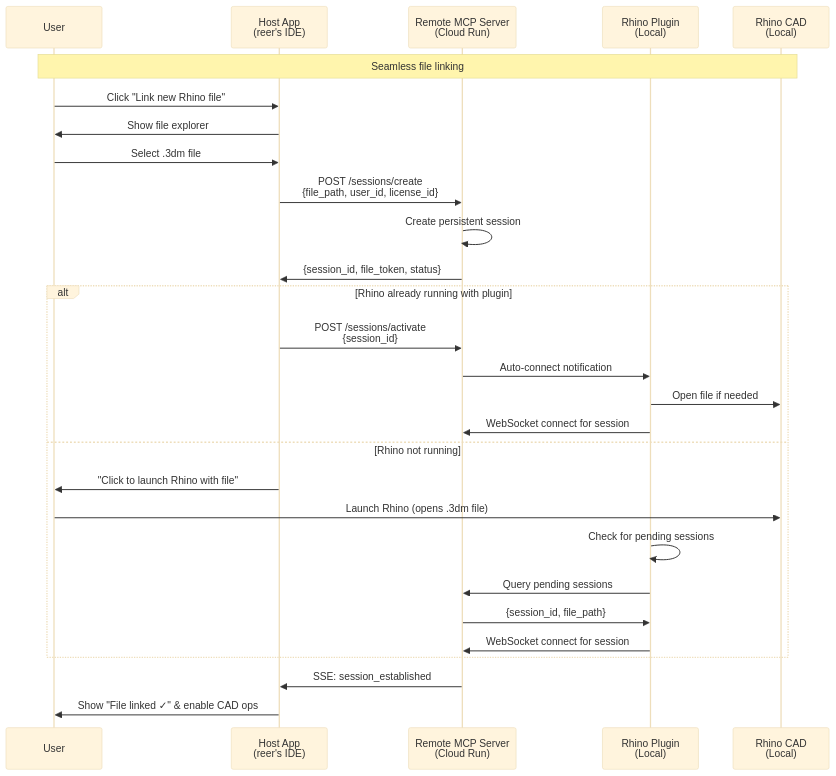
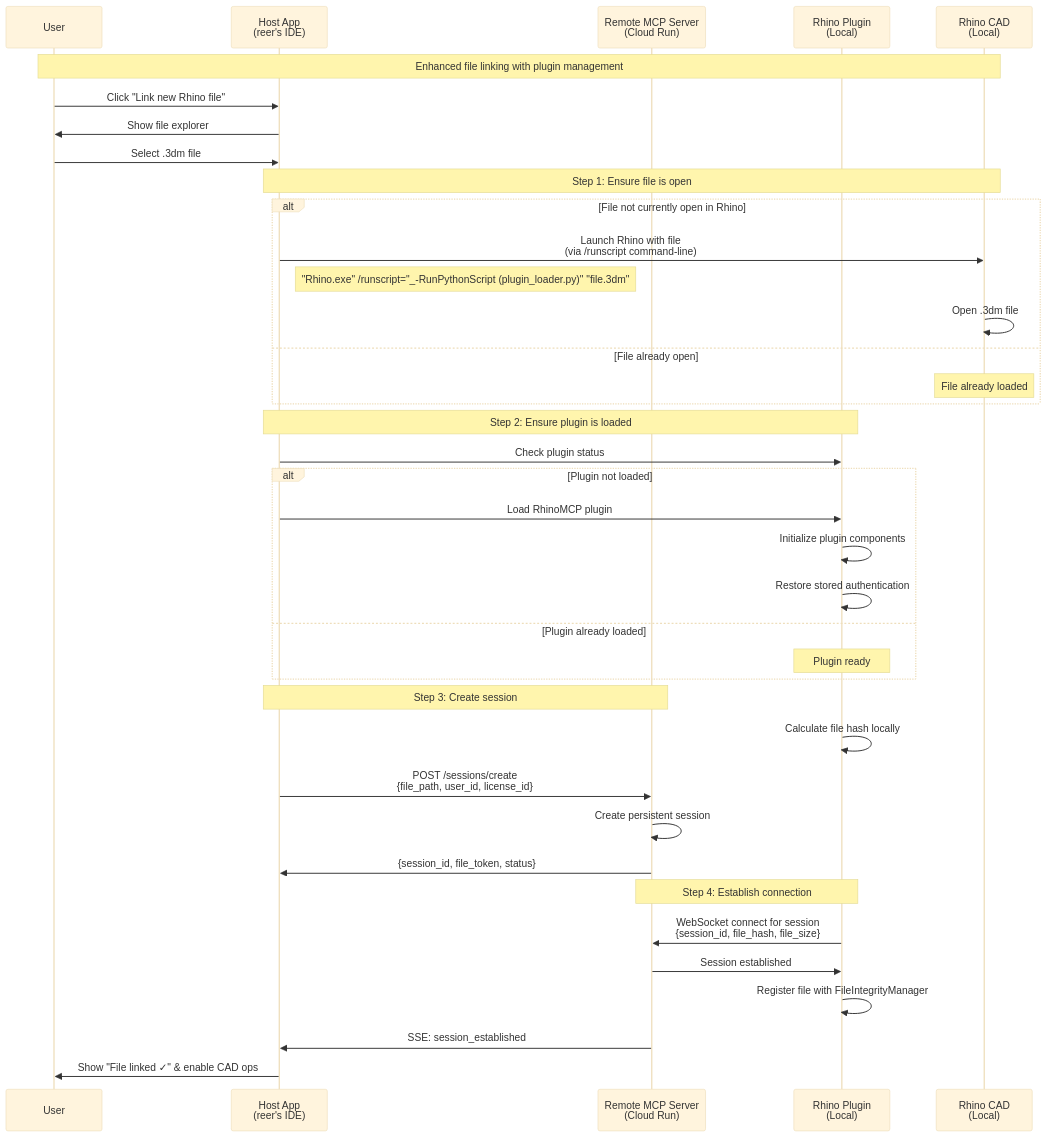
Before and after one commit to reer-ide/rhino_mcp_remote: the second of 4 diagrams in docs/architecture.md, drawn with Mermaid (base theme). The commit also changed other lines of this file and 7 other files, not shown here.

Commit message:
move file validation to local Rhino plugin; Update connection UX flow diagrams.

````diff
--- a/docs/architecture.md
+++ b/docs/architecture.md
@@ -103,35 +103,47 @@
 ```mermaid
 sequenceDiagram
     participant User
     participant HostApp as Host App<br/>(reer's IDE)
     participant RemoteServer as Remote MCP Server<br/>(Cloud Run)
     participant RhinoPlugin as Rhino Plugin<br/>(Local)
     participant RhinoCAD as Rhino CAD<br/>(Local)
     
-    Note over User,RhinoCAD: Seamless file linking
+    Note over User,RhinoCAD: Enhanced file linking with plugin management
     
     User->>HostApp: Click "Link new Rhino file"
     HostApp->>User: Show file explorer
     User->>HostApp: Select .3dm file
     
+    Note over HostApp,RhinoCAD: Step 1: Ensure file is open
+    alt File not currently open in Rhino
+        HostApp->>RhinoCAD: Launch Rhino with file<br/>(via /runscript command-line)
+        Note right of HostApp: "Rhino.exe" /runscript="_-RunPythonScript (plugin_loader.py)" "file.3dm"
+        RhinoCAD->>RhinoCAD: Open .3dm file
+    else File already open
+        Note over RhinoCAD: File already loaded
+    end
+    
+    Note over HostApp,RhinoPlugin: Step 2: Ensure plugin is loaded
+    HostApp->>RhinoPlugin: Check plugin status
+    alt Plugin not loaded
+        HostApp->>RhinoPlugin: Load RhinoMCP plugin
+        RhinoPlugin->>RhinoPlugin: Initialize plugin components
+        RhinoPlugin->>RhinoPlugin: Restore stored authentication
+    else Plugin already loaded
+        Note over RhinoPlugin: Plugin ready
+    end
+    
+    Note over HostApp,RemoteServer: Step 3: Create session
+    RhinoPlugin->>RhinoPlugin: Calculate file hash locally
     HostApp->>RemoteServer: POST /sessions/create<br/>{file_path, user_id, license_id}
     RemoteServer->>RemoteServer: Create persistent session
     RemoteServer->>HostApp: {session_id, file_token, status}
     
-    alt Rhino already running with plugin
-        HostApp->>RemoteServer: POST /sessions/activate<br/>{session_id}
-        RemoteServer->>RhinoPlugin: Auto-connect notification
-        RhinoPlugin->>RhinoCAD: Open file if needed
-        RhinoPlugin->>RemoteServer: WebSocket connect for session
-    else Rhino not running
-        HostApp->>User: "Click to launch Rhino with file"
-        User->>RhinoCAD: Launch Rhino (opens .3dm file)
-        RhinoPlugin->>RhinoPlugin: Check for pending sessions
-        RhinoPlugin->>RemoteServer: Query pending sessions
-        RemoteServer->>RhinoPlugin: {session_id, file_path}
-        RhinoPlugin->>RemoteServer: WebSocket connect for session
-    end
+    Note over RhinoPlugin,RemoteServer: Step 4: Establish connection
+    RhinoPlugin->>RemoteServer: WebSocket connect for session<br/>{session_id, file_hash, file_size}
+    RemoteServer->>RhinoPlugin: Session established
+    RhinoPlugin->>RhinoPlugin: Register file with FileIntegrityManager
     
     RemoteServer->>HostApp: SSE: session_established
     HostApp->>User: Show "File linked ✓" & enable CAD ops
 ```
````
